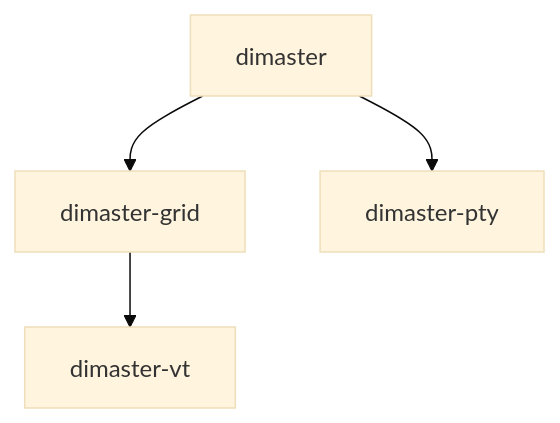
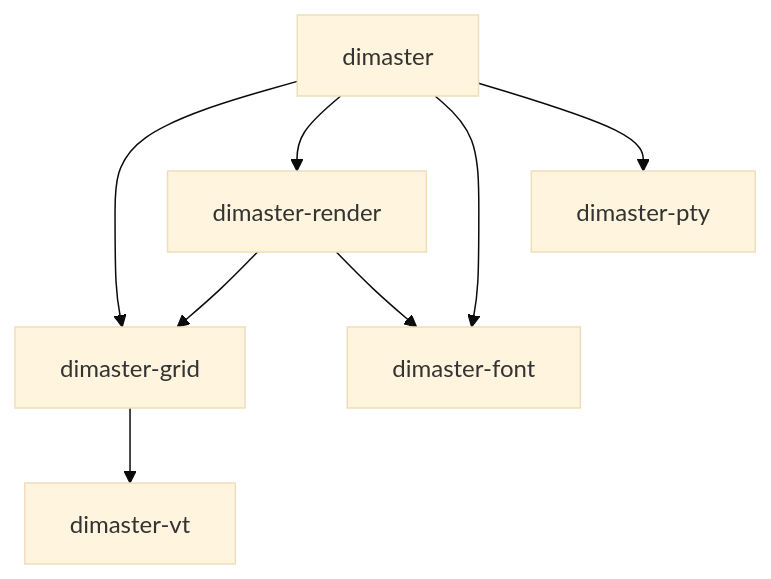
One commit to Utkautka1/DimaSter changed the first of 3 diagrams in docs/UML.md. Above: the diagram before and after it, drawn with Mermaid (base theme). The commit also changed other lines of this file and 24 other files, not shown here.

````diff
--- a/docs/UML.md
+++ b/docs/UML.md
@@ -5,6 +5,10 @@
 ```mermaid
 graph TD
     app[dimaster] --> grid[dimaster-grid]
+    app --> render[dimaster-render]
+    app --> font[dimaster-font]
+    render --> grid
+    render --> font
     app --> pty[dimaster-pty]
     grid --> vt[dimaster-vt]
 ```
````
